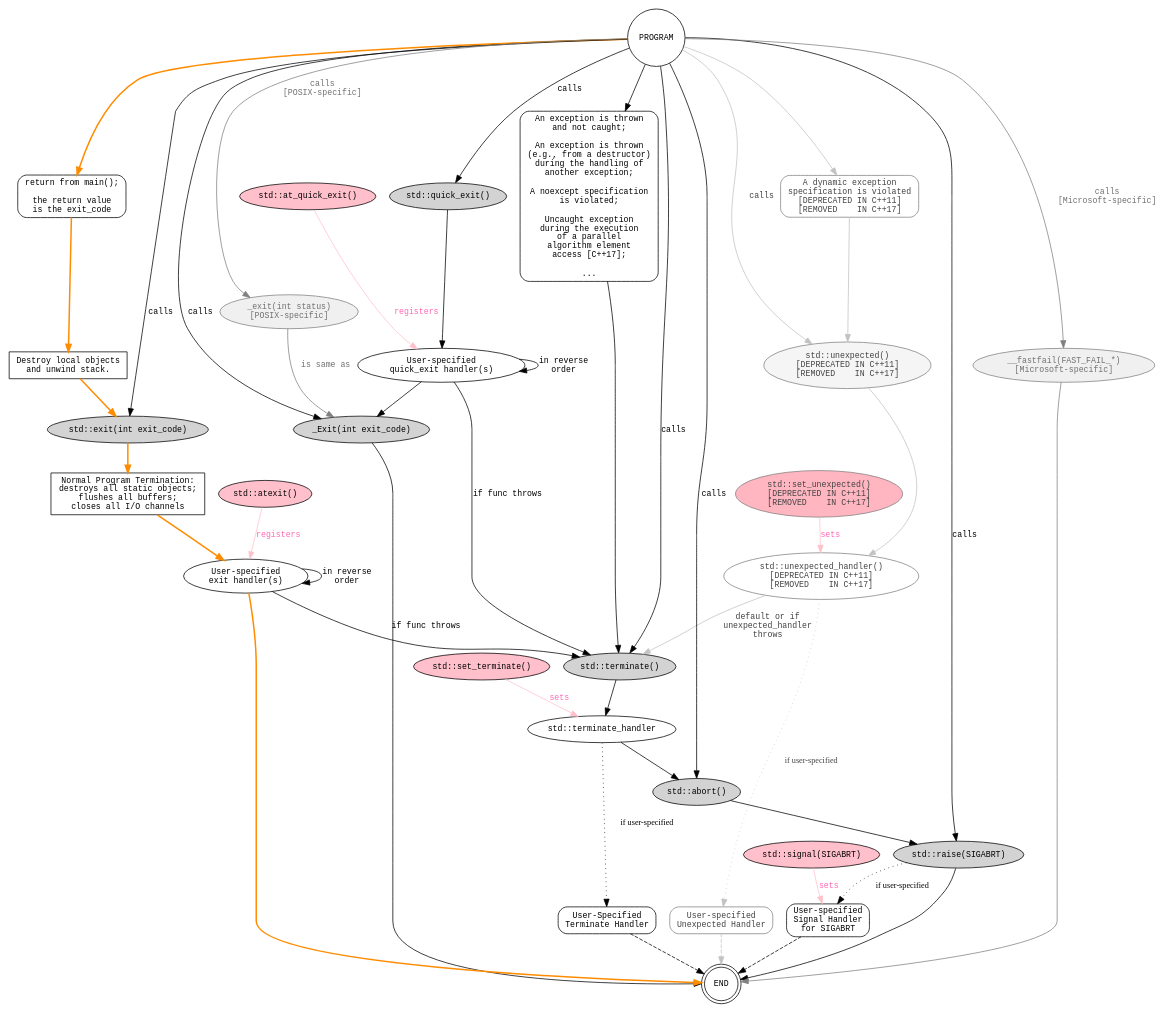
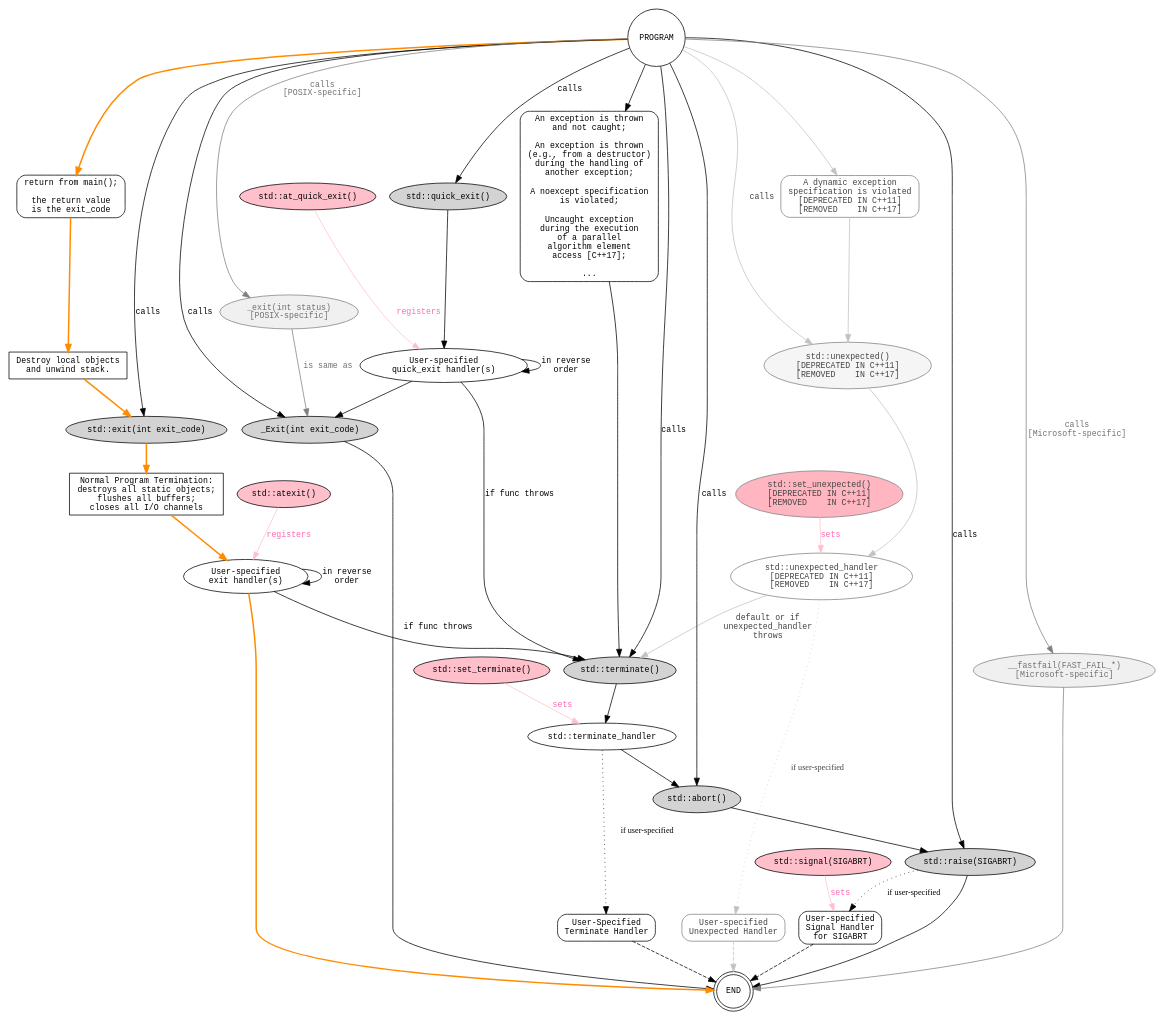
The diagram in termination_graph.gv (adishavit/Terminators), drawn with Graphviz before and after one commit. The commit also changed 2 other files, not shown here.

```diff
--- a/termination_graph.gv
+++ b/termination_graph.gv
@@ -1,136 +1,138 @@
 // http://www.graphviz.org/doc/info/attrs.html
 digraph g{
   node [fontsize=11,fontname="Monospace"];
   edge [fontsize=11,fontname="Monospace"];
   // rankdir=LR
   // ratio=1.5
   _Exit                     [label="_Exit(int exit_code)",style="filled"];
 
   atexit_func               [label="User-specified\nexit handler(s)"];
   atexit                    [label="std::atexit()", style="filled", fillcolor=pink];
 
   set_terminate             [label="std::set_terminate()",style="filled",fillcolor=pink];
   terminate                 [label="std::terminate()",style="filled"];
   terminate_handler         [label="std::terminate_handler"];
   terminateCause            [label="An exception is thrown\nand not caught;\n\nAn exception is thrown\n(e.g., from a destructor)\nduring the handling of\nanother exception;\n\nA noexcept specification\nis violated;\n\nUncaught exception\nduring the execution\nof a parallel\nalgorithm element\naccess [C++17];\n\n...",shape=box,style="rounded"];
   user_terminate_handler    [label="User-Specified\nTerminate Handler",shape=box,style="rounded"];
 
   mainReturn                [label="return from main();\n\nthe return value\nis the exit_code",shape=box,style="rounded"];
   Cleanup                   [label="Normal Program Termination:\ndestroys all static objects;\n flushes all buffers;\n closes all I/O channels",shape=box];
   destroyLocal              [label="Destroy local objects\nand unwind stack.", shape=box];
   exit                      [label="std::exit(int exit_code)",style="filled"];
 
   quick_exit                [label="std::quick_exit()",style="filled"];
   at_quick_exit_func        [label="User-specified\nquick_exit handler(s)"];
   at_quick_exit             [label="std::at_quick_exit()", style="filled", fillcolor=pink];
 
   unexpected                [label="std::unexpected()\n[DEPRECATED IN C++11]\n[REMOVED    IN C++17]", style="filled", fillcolor=gray96, color=gray, fontcolor=gray26];
-  unexpected_handler        [label="std::unexpected_handler()\n[DEPRECATED IN C++11]\n[REMOVED    IN C++17]", fillcolor=gray96, color=gray, fontcolor=gray26];
+  unexpected_handler        [label="std::unexpected_handler\n[DEPRECATED IN C++11]\n[REMOVED    IN C++17]", fillcolor=gray96, color=gray, fontcolor=gray26];
   unexpectedCause           [label="A dynamic exception\nspecification is violated\n[DEPRECATED IN C++11]\n[REMOVED    IN C++17]",shape=box,style="rounded", fillcolor=gray96, color=gray, fontcolor=gray26];
   user_unexpected_handler   [label="User-specified\nUnexpected Handler",shape=box,style="rounded", fillcolor=gray96, color=gray, fontcolor=gray26];
   set_unexpected            [label="std::set_unexpected()\n[DEPRECATED IN C++11]\n[REMOVED    IN C++17]", style="filled", fillcolor=lightpink, color=gray, fontcolor=gray26];
 
   abort                     [label="std::abort()",style="filled"];
 
   raise                     [label="std::raise(SIGABRT)",style="filled"];
   signal                    [label="std::signal(SIGABRT)", style="filled", fillcolor=pink];
   user_signal_handler       [label="User-specified\nSignal Handler\nfor SIGABRT",shape=box,style="rounded"];
 
   _exit                     [label="_exit(int status)\n[POSIX-specific]",style="filled",fillcolor=gray94,color=gray,fontcolor=gray44];
   __fastfail                [label="__fastfail(FAST_FAIL_*)\n[Microsoft-specific]",style="filled",fillcolor=gray94, color=gray,fontcolor=gray44];
 
   PROGRAM                   [shape=circle];
   END                       [shape=doublecircle];
 
   /////////////////////////////////////////////////////////////////////////////
 
   PROGRAM -> __fastfail [label="calls\n[Microsoft-specific]", color=gray, fontcolor=gray44];
   PROGRAM -> _Exit [label="calls"];
   PROGRAM -> _exit [label="calls\n[POSIX-specific]", color=gray, fontcolor=gray44];
   __fastfail -> END [color=gray];
   // _exit -> END [color=gray];
   _exit -> _Exit [label="is same as",color=gray, fontcolor=gray44];
   _Exit -> END;
 
   PROGRAM -> mainReturn [color=darkorange style=bold];
   mainReturn -> destroyLocal [color=darkorange style=bold];
   destroyLocal -> exit [color=darkorange style=bold];
 
   PROGRAM -> exit [label="calls"];
   exit -> Cleanup [color=darkorange style=bold];
   Cleanup -> atexit_func[color=darkorange style=bold];
   atexit -> atexit_func [label="registers", color=pink, fontcolor=hotpink];
   atexit_func -> atexit_func [label="in reverse\norder"];
   atexit_func -> terminate [label="if func throws"];
   atexit_func -> END [color=darkorange style=bold];
 
   PROGRAM -> quick_exit [label="calls"];
   at_quick_exit -> at_quick_exit_func [label="registers", color=pink, fontcolor=hotpink];
   quick_exit-> at_quick_exit_func;
   at_quick_exit_func -> at_quick_exit_func [label="in reverse\norder"];
   at_quick_exit_func -> terminate [label="if func throws"];
   at_quick_exit_func -> _Exit
 
   PROGRAM -> terminateCause;
   PROGRAM -> terminate [label="calls"];
   terminate -> terminate_handler;
   terminate_handler -> abort;
   terminate_handler -> user_terminate_handler [style=dotted, label="if user-specified", fontname="monospace italic"];
   set_terminate -> terminate_handler [label="sets", color=pink, fontcolor=hotpink];
   terminateCause -> terminate;
   user_terminate_handler -> END [style=dashed];
 
   PROGRAM -> abort [label="calls"];
   abort -> raise;
 
   PROGRAM -> unexpectedCause [color=gray76];
   PROGRAM -> unexpected [label="calls", color=gray76, fontcolor=gray26];
   unexpectedCause -> unexpected [color=gray76];
   unexpected -> unexpected_handler [color=gray76];
   unexpected_handler -> terminate [label="default or if\nunexpected_handler\nthrows", color=gray76, fontcolor=gray26];
   unexpected_handler -> user_unexpected_handler [style=dotted, color=gray76, fontcolor=gray26, label="if user-specified", fontname="monospace italic"];
   set_unexpected -> unexpected_handler [label="sets", color=pink, fontcolor=hotpink];
   user_unexpected_handler -> END [style=dashed, color=gray76];
 
   PROGRAM -> raise [label="calls"];
   raise -> END;
   signal -> user_signal_handler [label="sets", color=pink, fontcolor=hotpink];
   raise -> user_signal_handler [style=dotted, label="if user-specified", fontname="monospace italic"];
   user_signal_handler -> END [style=dashed];
 
   // Invisibles.
   // terminate -> abort [style="invis"];
   // abort -> END [style="invis"];
 
   /////////////////////////////////////////////////////////////////////////////
 
   {rank=source; PROGRAM};
 
   {rank=same; mainReturn terminateCause unexpectedCause};
 
   {rank=same; at_quick_exit quick_exit};
 
-  {rank=same; at_quick_exit_func unexpected __fastfail};
+  {rank=same; at_quick_exit_func unexpected};
 
   {rank=same; atexit set_unexpected};
   // {rank=same; exit _Exit};
+
+  {rank=same; terminate __fastfail};
 
   // {rank=same; at_quick_exit at_quick_exit_func};
   // {rank=same; set_terminate terminate_handler};
   // {rank=same; set_unexpected unexpected_handler};
   // {rank=same; atexit atexit_func};
   // {rank=same; signal user_signal_handler};
 
   // {rank=same; quick_exit raise exit terminate unexpected abort _Exit __fastfail};
   // {rank=same; _Exit _exit __fastfail};
   // {rank=same; _Exit _exit};
   // {rank=same; __fastfail _exit};
   {rank=same; raise signal};
   // {rank=same; __fastfail _exit END};
 
   {rank=same; user_unexpected_handler user_terminate_handler user_signal_handler};
 
   // {rank=same; __fastfail END};
 
   {rank=sink; END};
 }
```
